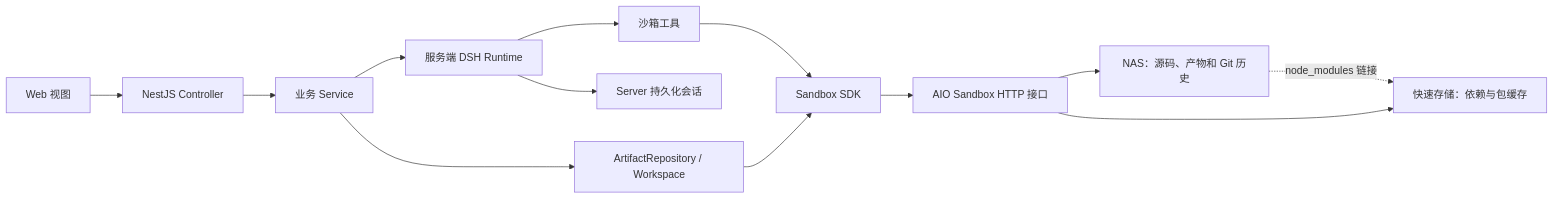
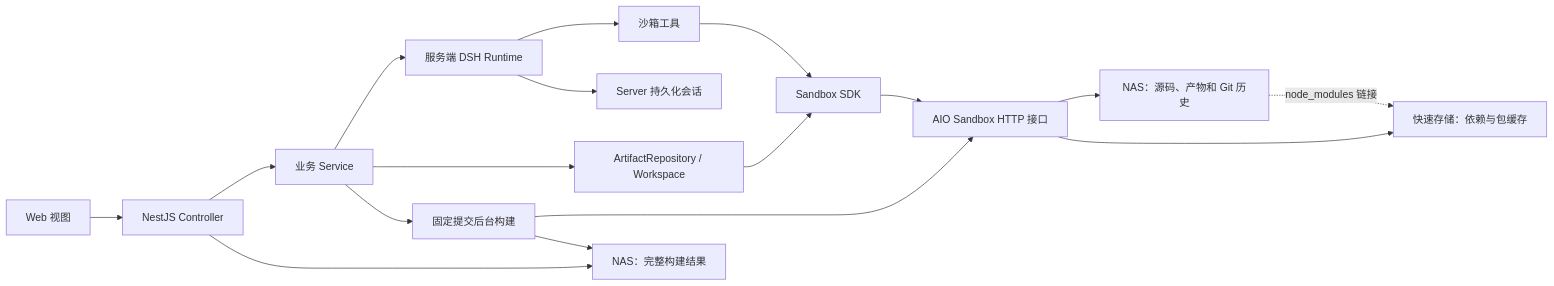
The diagram in README.md (Syedar-root/artifact-editor), drawn with Mermaid before and after one commit. The commit also changed other lines of this file and 36 other files, not shown here.

````diff
--- a/README.md
+++ b/README.md
@@ -74,15 +84,19 @@
 ```mermaid
 flowchart LR
   Web[Web 视图] --> Controller[NestJS Controller]
   Controller --> Service[业务 Service]
   Service --> DSH[服务端 DSH Runtime]
   DSH --> Tools[沙箱工具]
   Service --> Repository[ArtifactRepository / Workspace]
   Tools --> SDK[Sandbox SDK]
   Repository --> SDK
   SDK --> AIO[AIO Sandbox HTTP 接口]
   AIO --> NAS[NAS：源码、产物和 Git 历史]
   AIO --> SSD[快速存储：依赖与包缓存]
   NAS -. node_modules 链接 .-> SSD
+  Service --> Build[固定提交后台构建]
+  Build --> AIO
+  Build --> Releases[NAS：完整构建结果]
+  Controller --> Releases
   DSH --> Sessions[Server 持久化会话]
 ```
````
